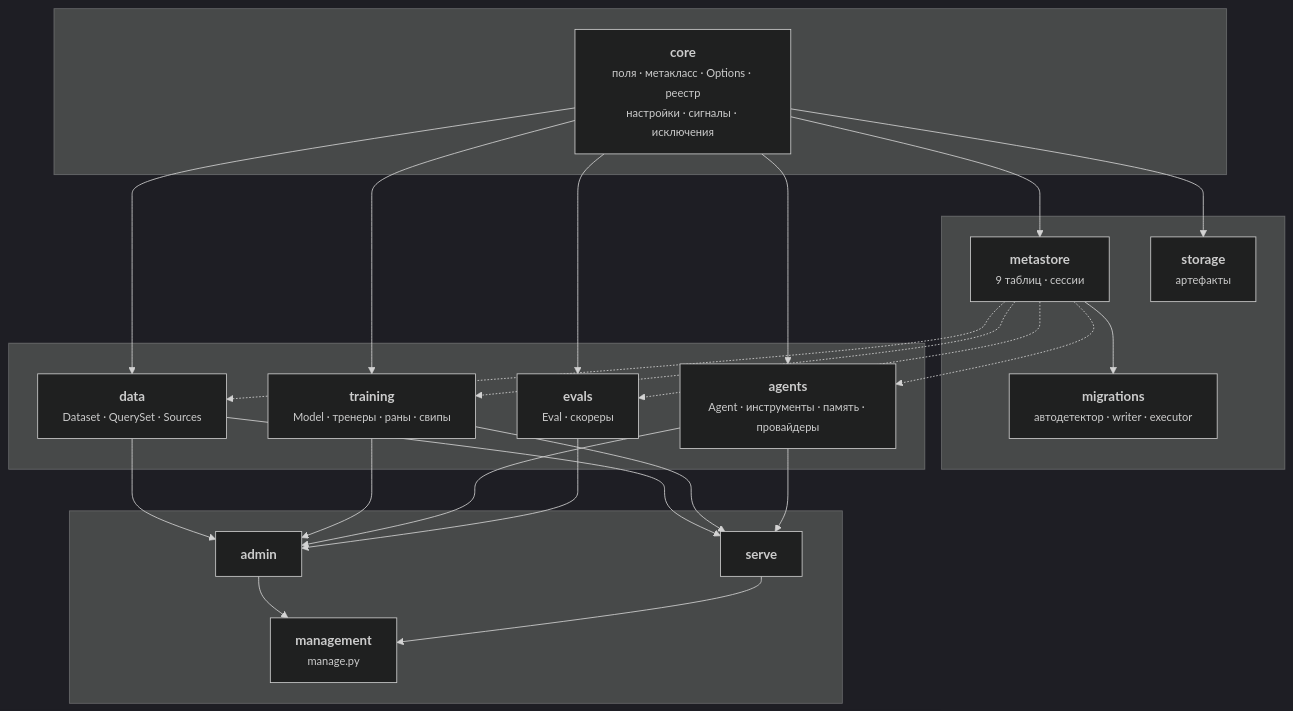
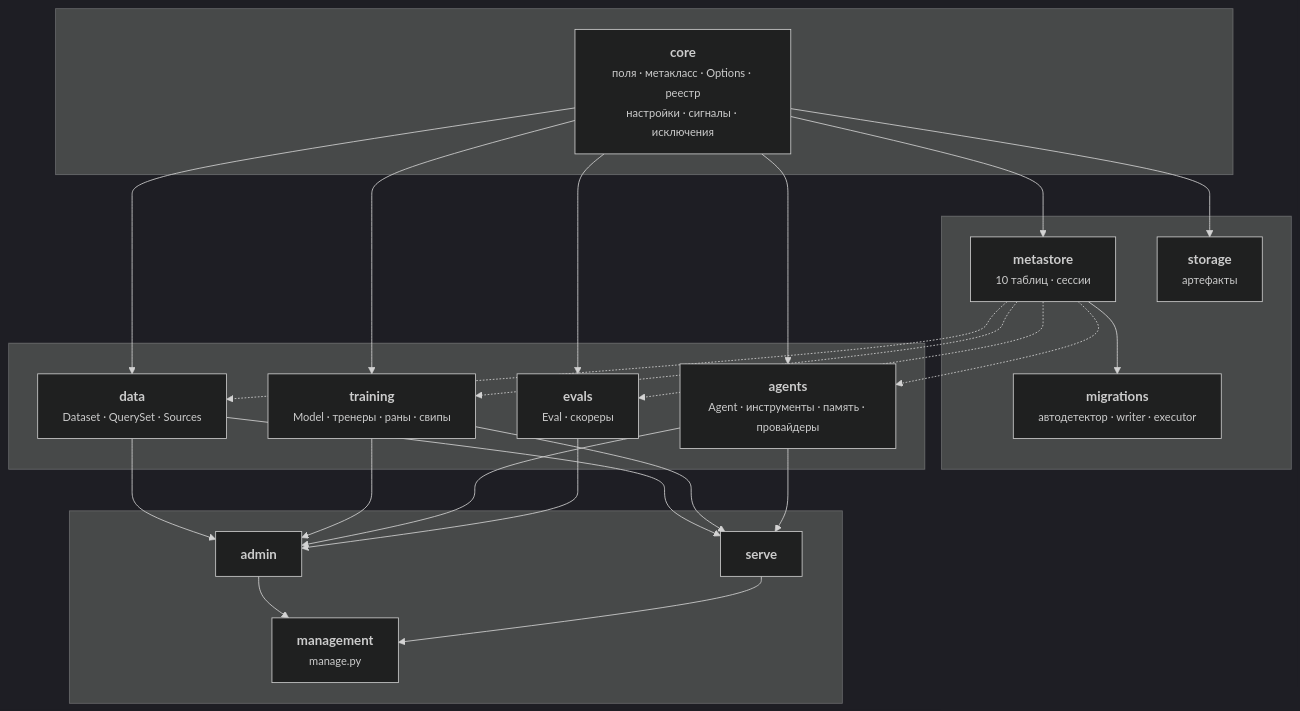
One commit to DenisDrobyshev/mlango changed the first of 5 diagrams in docs/architecture.ru.md. Above: the diagram before and after it, drawn with Mermaid (dark theme). The commit also changed other lines of this file and 26 other files, not shown here.

````diff
--- a/docs/architecture.ru.md
+++ b/docs/architecture.ru.md
@@ -9,46 +9,46 @@
 ```mermaid
 graph TD
     subgraph foundation[" "]
         CORE["<b>core</b><br/><small>поля · метакласс · Options · реестр<br/>настройки · сигналы · исключения</small>"]
     end
 
     subgraph persistence[" "]
-        META["<b>metastore</b><br/><small>9 таблиц · сессии</small>"]
+        META["<b>metastore</b><br/><small>10 таблиц · сессии</small>"]
         MIG["<b>migrations</b><br/><small>автодетектор · writer · executor</small>"]
         STORE["<b>storage</b><br/><small>артефакты</small>"]
     end
 
     subgraph families[" "]
         DATA["<b>data</b><br/><small>Dataset · QuerySet · Sources</small>"]
         TRAIN["<b>training</b><br/><small>Model · тренеры · раны · свипы</small>"]
         AGENTS["<b>agents</b><br/><small>Agent · инструменты · память · провайдеры</small>"]
         EVALS["<b>evals</b><br/><small>Eval · скореры</small>"]
     end
 
     subgraph surfaces[" "]
         ADMIN["<b>admin</b>"]
         SERVE["<b>serve</b>"]
         CLI["<b>management</b><br/><small>manage.py</small>"]
     end
 
     CORE --> META
     CORE --> STORE
     META --> MIG
     CORE --> DATA
     CORE --> TRAIN
     CORE --> AGENTS
     CORE --> EVALS
     META -.-> DATA
     META -.-> TRAIN
     META -.-> AGENTS
     META -.-> EVALS
     DATA --> ADMIN
     TRAIN --> ADMIN
     AGENTS --> ADMIN
     EVALS --> ADMIN
     DATA --> SERVE
     TRAIN --> SERVE
     AGENTS --> SERVE
     ADMIN --> CLI
     SERVE --> CLI
 ```
````
